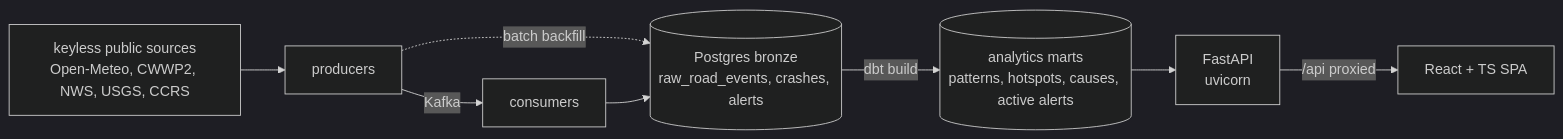
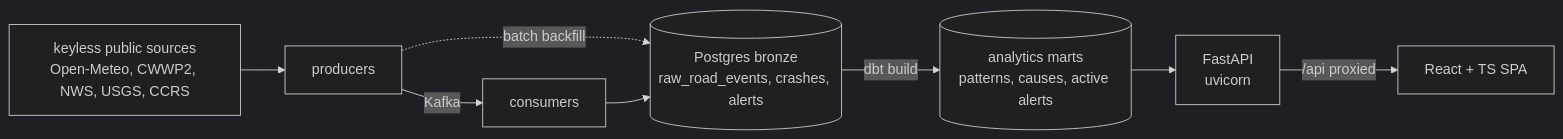
One commit to mariekarpinska/sierra-pass-watch changed the diagram in docs/architecture.md. Above: the diagram before and after it, drawn with Mermaid (dark theme). The commit also changed other lines of this file and 42 other files, not shown here.

````diff
--- a/docs/architecture.md
+++ b/docs/architecture.md
@@ -7,10 +7,10 @@
 ```mermaid
 flowchart LR
   SRC[keyless public sources\nOpen-Meteo, CWWP2, NWS, USGS, CCRS] --> PROD[producers]
   PROD -->|Kafka| CONS[consumers]
   PROD -.->|batch backfill| PG
   CONS --> PG[(Postgres bronze\nraw_road_events, crashes, alerts)]
-  PG -->|dbt build| MARTS[(analytics marts\npatterns, hotspots, causes, active alerts)]
+  PG -->|dbt build| MARTS[(analytics marts\npatterns, causes, active alerts)]
   MARTS --> API[FastAPI\nuvicorn]
   API -->|/api proxied| FE[React + TS SPA]
 ```
````
